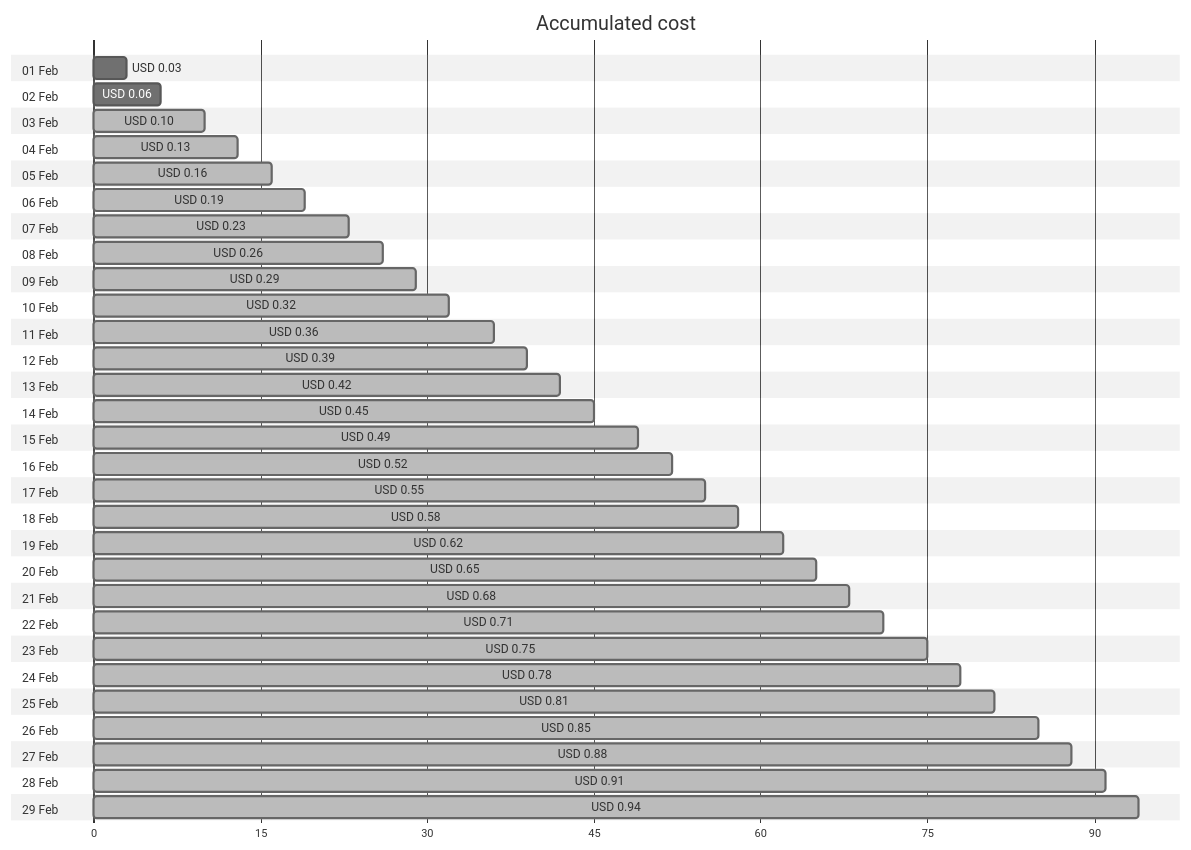
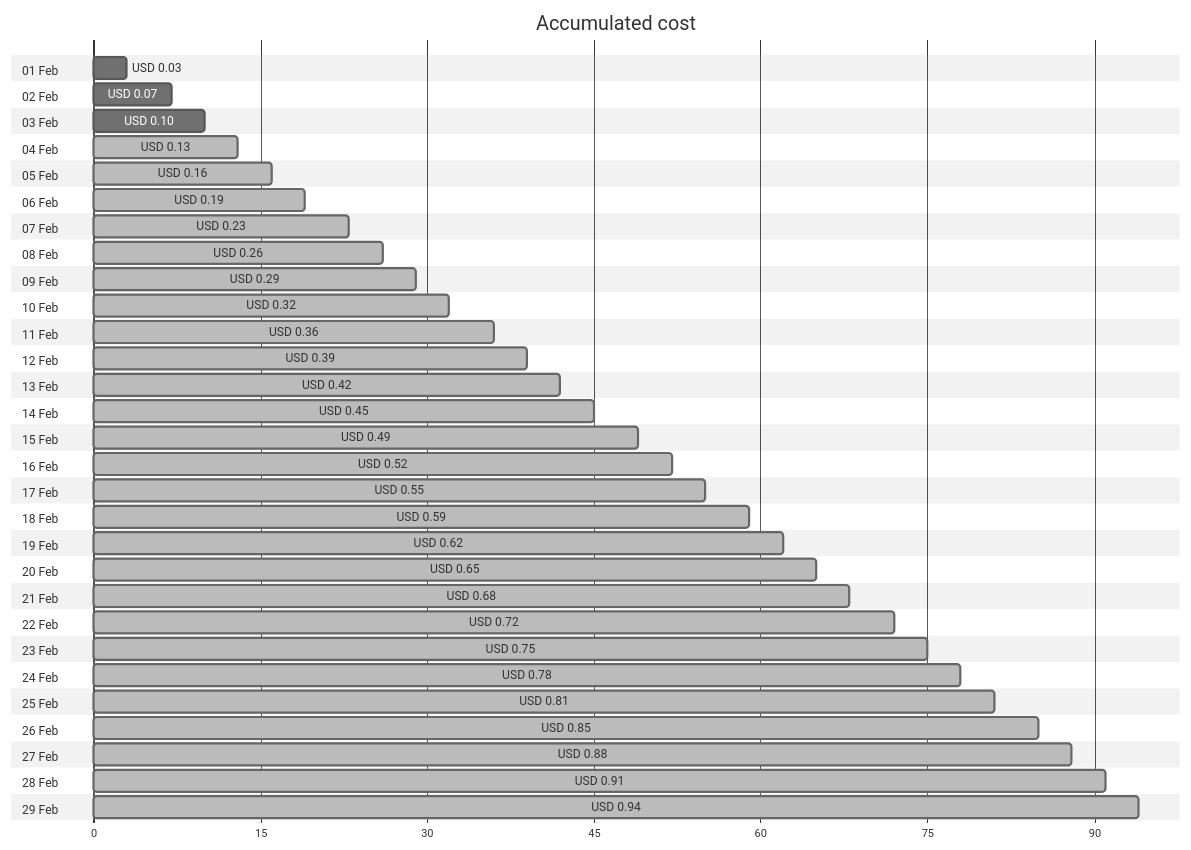
The first of 4 diagrams in cost-reports/personal-dns/README.md (jpfulton/azure-personal-reports), drawn with Mermaid (neutral theme) before and after one commit. The commit also changed other lines of this file and 2 other files, not shown here.

````diff
--- a/cost-reports/personal-dns/README.md
+++ b/cost-reports/personal-dns/README.md
@@ -20,64 +20,64 @@
 ```mermaid
 gantt
    title Accumulated cost
    dateFormat  X
    axisFormat %s
    section 01 Feb
    USD 0.03 :0, 3
    section 02 Feb
-   USD 0.06 :0, 6
+   USD 0.07 :0, 7
    section 03 Feb
-   USD 0.10 : done, 0, 10
+   USD 0.10 :0, 10
    section 04 Feb
    USD 0.13 : done, 0, 13
    section 05 Feb
    USD 0.16 : done, 0, 16
    section 06 Feb
    USD 0.19 : done, 0, 19
    section 07 Feb
    USD 0.23 : done, 0, 23
    section 08 Feb
    USD 0.26 : done, 0, 26
    section 09 Feb
    USD 0.29 : done, 0, 29
    section 10 Feb
    USD 0.32 : done, 0, 32
    section 11 Feb
    USD 0.36 : done, 0, 36
    section 12 Feb
    USD 0.39 : done, 0, 39
    section 13 Feb
    USD 0.42 : done, 0, 42
    section 14 Feb
    USD 0.45 : done, 0, 45
    section 15 Feb
    USD 0.49 : done, 0, 49
    section 16 Feb
    USD 0.52 : done, 0, 52
    section 17 Feb
    USD 0.55 : done, 0, 55
    section 18 Feb
-   USD 0.58 : done, 0, 58
+   USD 0.59 : done, 0, 59
    section 19 Feb
    USD 0.62 : done, 0, 62
    section 20 Feb
    USD 0.65 : done, 0, 65
    section 21 Feb
    USD 0.68 : done, 0, 68
    section 22 Feb
-   USD 0.71 : done, 0, 71
+   USD 0.72 : done, 0, 72
    section 23 Feb
    USD 0.75 : done, 0, 75
    section 24 Feb
    USD 0.78 : done, 0, 78
    section 25 Feb
    USD 0.81 : done, 0, 81
    section 26 Feb
    USD 0.85 : done, 0, 85
    section 27 Feb
    USD 0.88 : done, 0, 88
    section 28 Feb
    USD 0.91 : done, 0, 91
    section 29 Feb
    USD 0.94 : done, 0, 94
 ```
````
